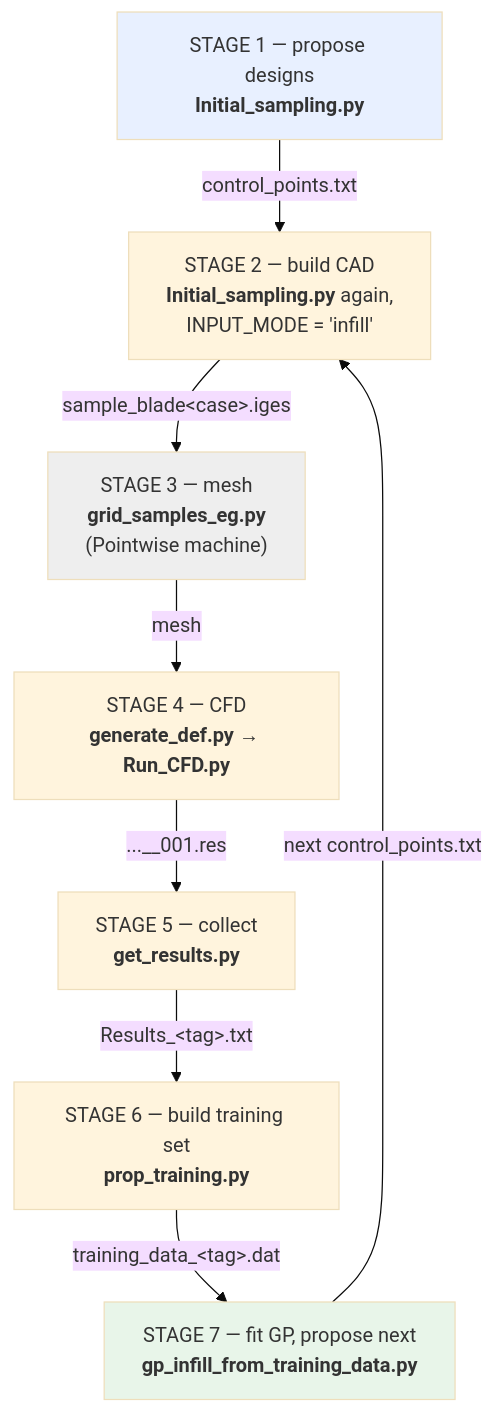
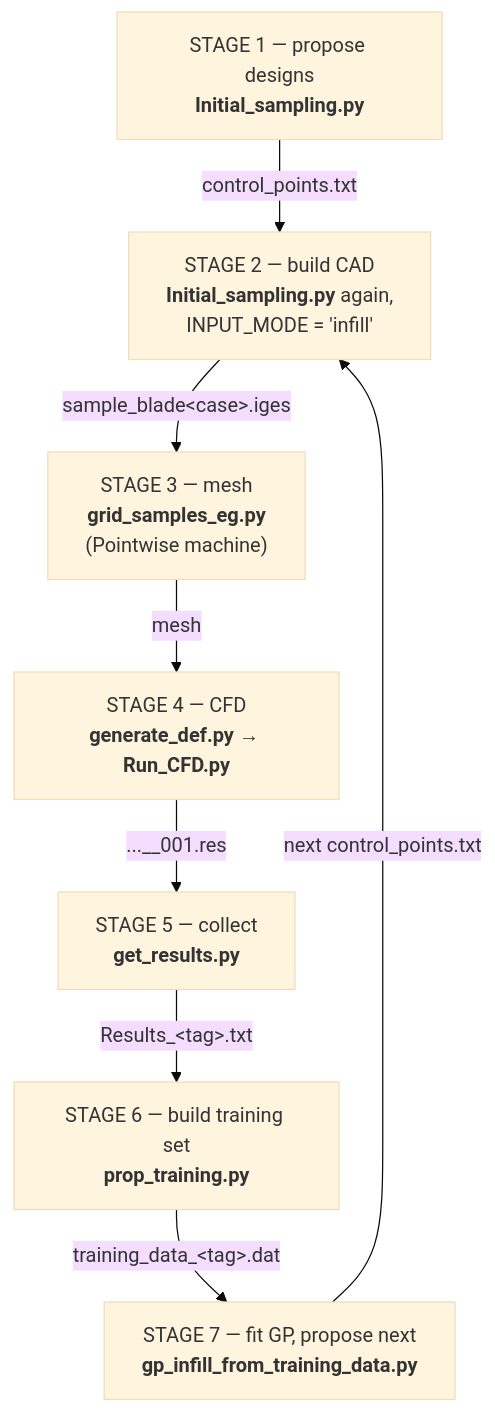
The diagram in PIPELINE.md (edd-ie/3D-Optimization-Workflow), drawn with Mermaid (base theme) before and after one commit. The commit also changed other lines of this file, not shown here.

First line of the commit message:
Fix diagram rendering

````diff
--- a/PIPELINE.md
+++ b/PIPELINE.md
@@ -48,22 +51,19 @@
 ```mermaid
 flowchart TD
     S1["STAGE 1 — propose designs<br/><b>Initial_sampling.py</b>"]
     S2["STAGE 2 — build CAD<br/><b>Initial_sampling.py</b> again,<br/>INPUT_MODE = 'infill'"]
     S3["STAGE 3 — mesh<br/><b>grid_samples_eg.py</b><br/>(Pointwise machine)"]
     S4["STAGE 4 — CFD<br/><b>generate_def.py → Run_CFD.py</b>"]
     S5["STAGE 5 — collect<br/><b>get_results.py</b>"]
     S6["STAGE 6 — build training set<br/><b>prop_training.py</b>"]
     S7["STAGE 7 — fit GP, propose next<br/><b>gp_infill_from_training_data.py</b>"]
 
     S1 -->|"control_points.txt"| S2
     S2 -->|"sample_blade&lt;case&gt;.iges"| S3
     S3 -->|"mesh"| S4
     S4 -->|"...__001.res"| S5
     S5 -->|"Results_&lt;tag&gt;.txt"| S6
     S6 -->|"training_data_&lt;tag&gt;.dat"| S7
     S7 -->|"next control_points.txt"| S2
 
-    style S1 fill:#e8f0ff
-    style S7 fill:#e8f5e9
-    style S3 fill:#eeeeee
 ```
````
